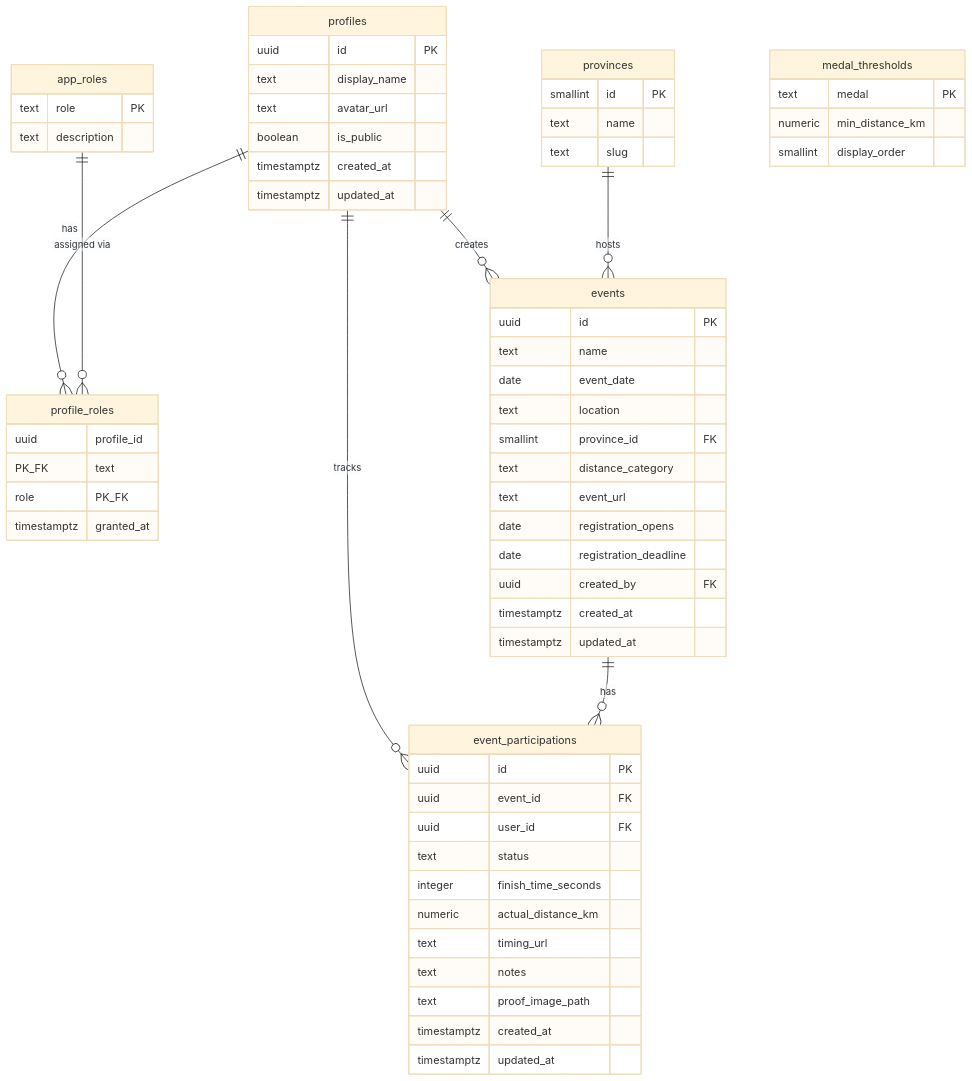
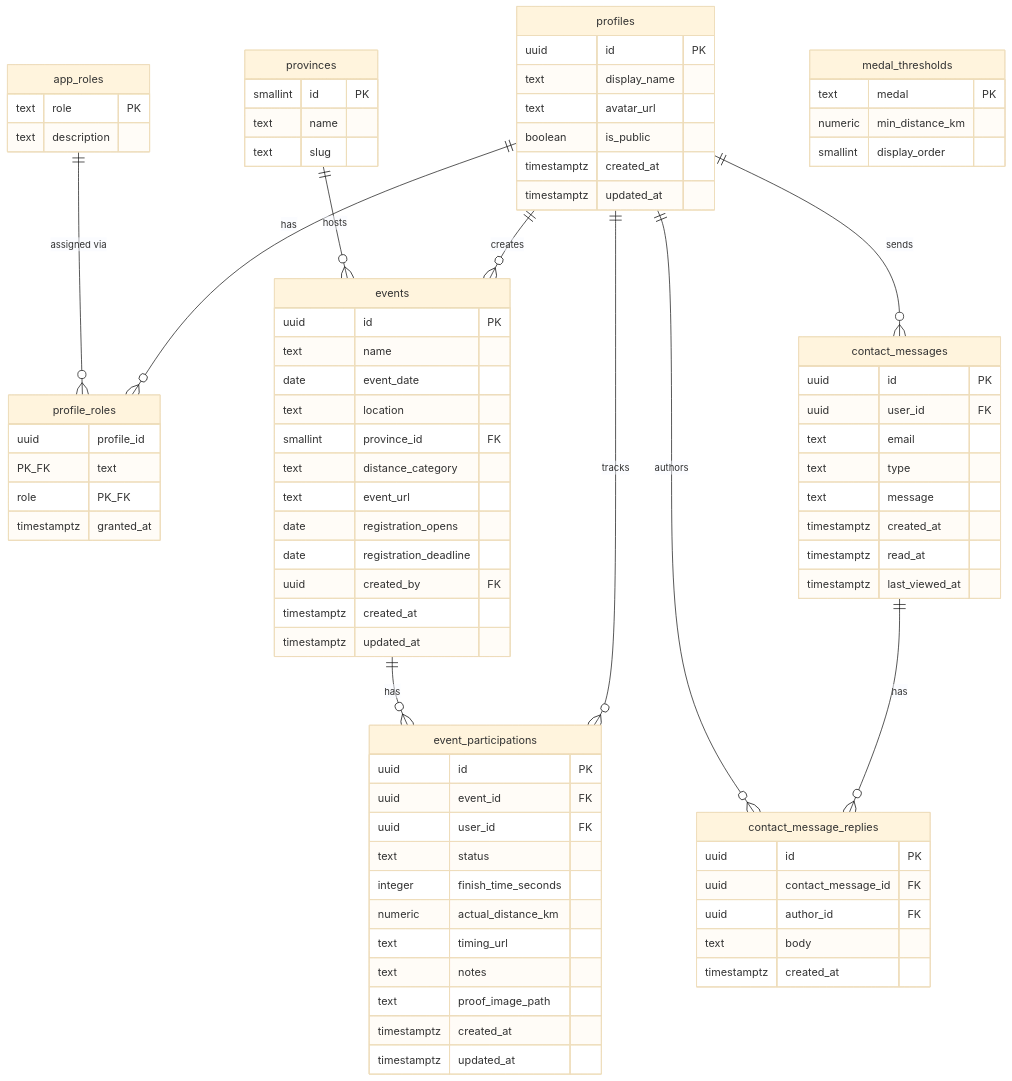
One commit to GijsPrins/detwaalf changed the diagram in docs/schema.md. Above: the diagram before and after it, drawn with Mermaid (base theme). The commit also changed other lines of this file and 13 other files, not shown here.

Commit message:
Add contact message replies

````diff
--- a/docs/schema.md
+++ b/docs/schema.md
@@ -57,6 +57,23 @@
     timestamptz created_at
     timestamptz updated_at
   }
+  contact_messages {
+    uuid id PK
+    uuid user_id FK
+    text email
+    text type
+    text message
+    timestamptz created_at
+    timestamptz read_at
+    timestamptz last_viewed_at
+  }
+  contact_message_replies {
+    uuid id PK
+    uuid contact_message_id FK
+    uuid author_id FK
+    text body
+    timestamptz created_at
+  }
 
   profiles ||--o{ profile_roles : "has"
   app_roles ||--o{ profile_roles : "assigned via"
@@ -64,4 +81,7 @@
   profiles ||--o{ event_participations : "tracks"
   provinces ||--o{ events : "hosts"
   events ||--o{ event_participations : "has"
+  profiles ||--o{ contact_messages : "sends"
+  contact_messages ||--o{ contact_message_replies : "has"
+  profiles ||--o{ contact_message_replies : "authors"
 ```
````
